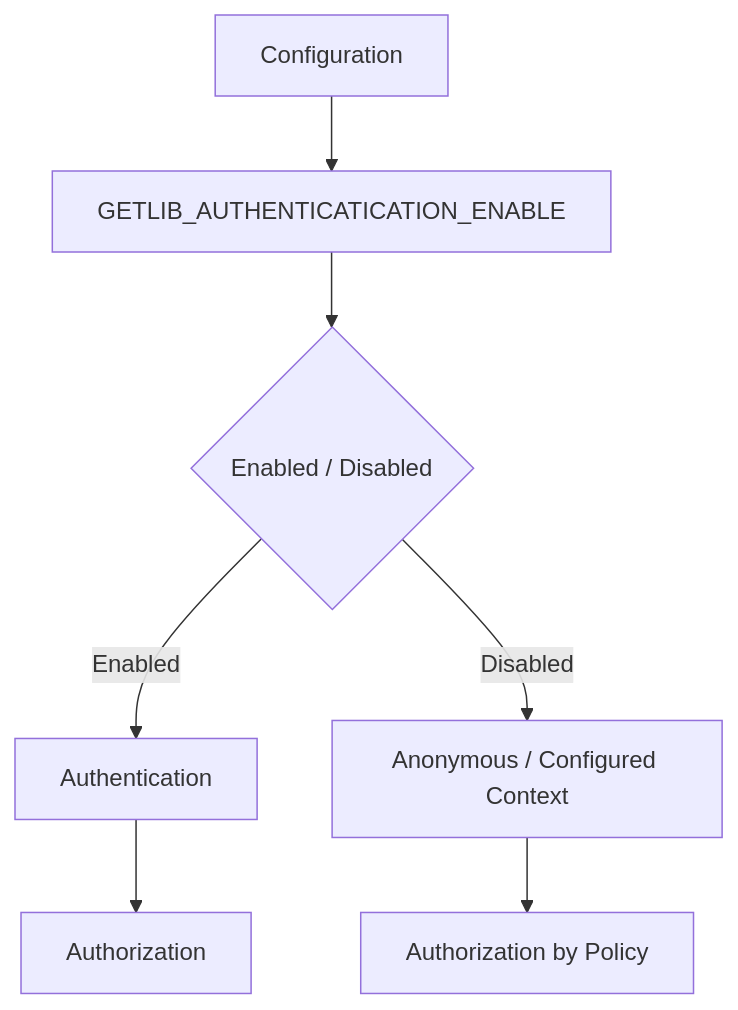
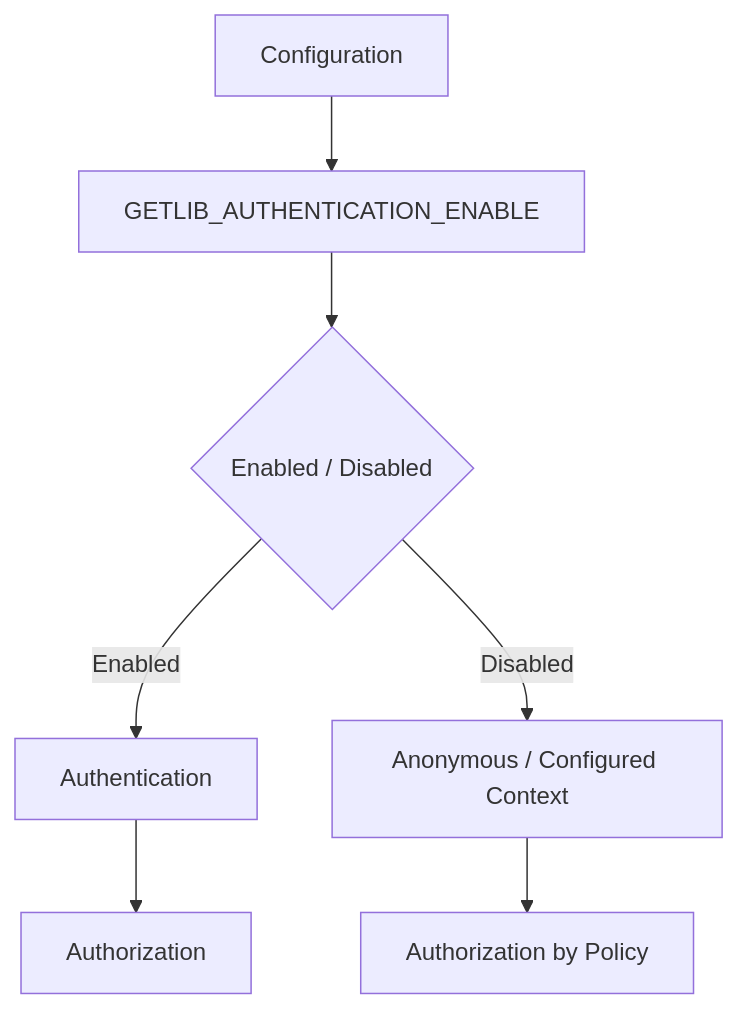
One commit to D1ZZY4/GetLib-MCP changed diagram 13 of 15 in .agents/rules/api-observability-and-testing.md. Above: the diagram before and after it, drawn with Mermaid. The commit also changed other lines of this file and 9 other files, not shown here.

````diff
--- a/.agents/rules/api-observability-and-testing.md
+++ b/.agents/rules/api-observability-and-testing.md
@@ -735,9 +735,9 @@
 ```mermaid
 flowchart TD
-    CFG["Configuration"] --> AUTH["GETLIB_AUTHENTICATICATION_ENABLE"]
+    CFG["Configuration"] --> AUTH["GETLIB_AUTHENTICATION_ENABLE"]
     AUTH --> STATE{"Enabled / Disabled"}
     STATE -->|Enabled| A["Authentication"]
     A --> AZ["Authorization"]
     STATE -->|Disabled| ANON["Anonymous / Configured Context"]
     ANON --> AZP["Authorization by Policy"]
 ```
````
